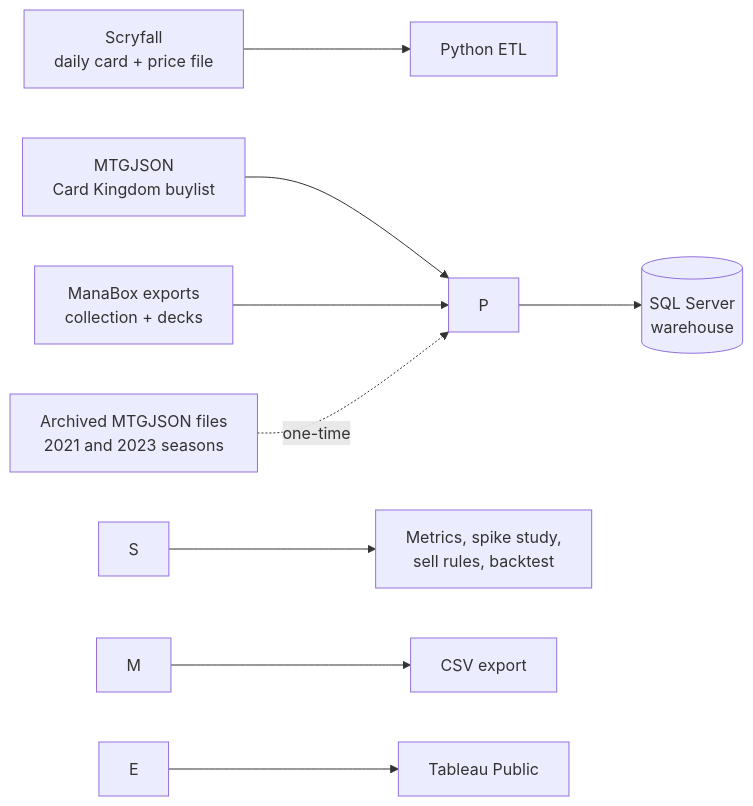
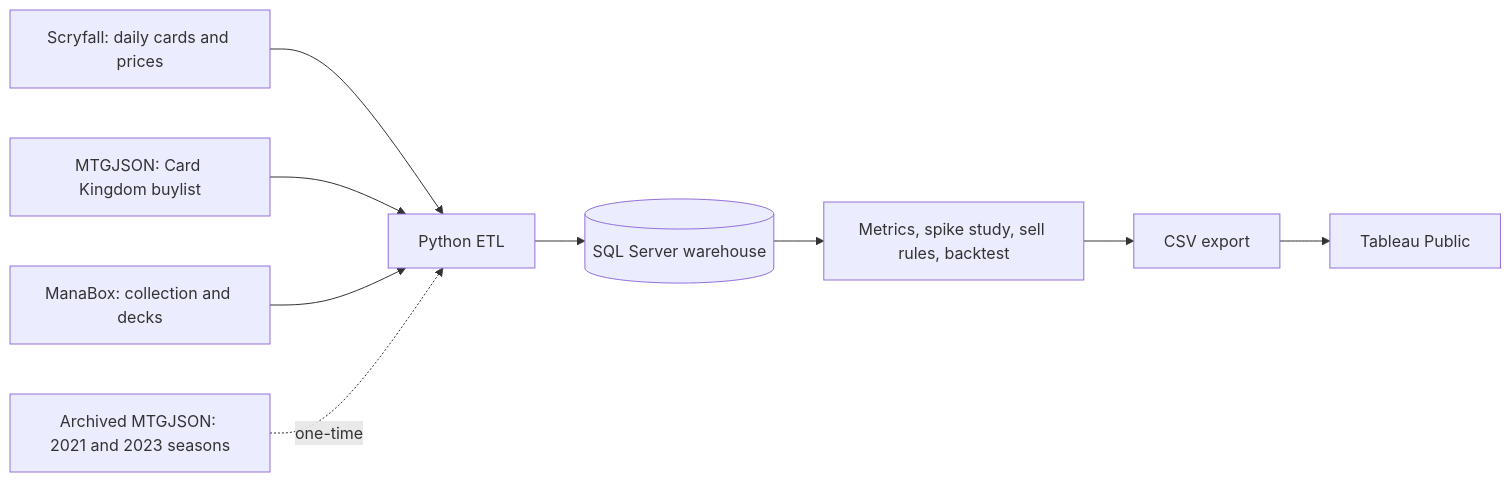
One commit to lnrlucasnr-prog/mtg-sell-signal changed the diagram in README.md. Above: the diagram before and after it, drawn with Mermaid.

````diff
--- a/README.md
+++ b/README.md
@@ -35,11 +35,21 @@
 ```mermaid
 flowchart LR
-    A\[Scryfall<br/>daily card + price file] --> P\[Python ETL]
-    B\[MTGJSON<br/>Card Kingdom buylist] --> P
-    C\[ManaBox exports<br/>collection + decks] --> P
-    D\[Archived MTGJSON files<br/>2021 and 2023 seasons] -.one-time.-> P
-    P --> S\[(SQL Server<br/>warehouse)]
-    S --> M\[Metrics, spike study,<br/>sell rules, backtest]
-    M --> E\[CSV export]
-    E --> T\[Tableau Public]
+    scryfall["Scryfall: daily cards and prices"]
+    buylist["MTGJSON: Card Kingdom buylist"]
+    manabox["ManaBox: collection and decks"]
+    archive["Archived MTGJSON: 2021 and 2023 seasons"]
+    etl["Python ETL"]
+    warehouse[("SQL Server warehouse")]
+    analysis["Metrics, spike study, sell rules, backtest"]
+    csv["CSV export"]
+    tableau["Tableau Public"]
+
+    scryfall --> etl
+    buylist --> etl
+    manabox --> etl
+    archive -. "one-time" .-> etl
+    etl --> warehouse
+    warehouse --> analysis
+    analysis --> csv
+    csv --> tableau
 ```
````
